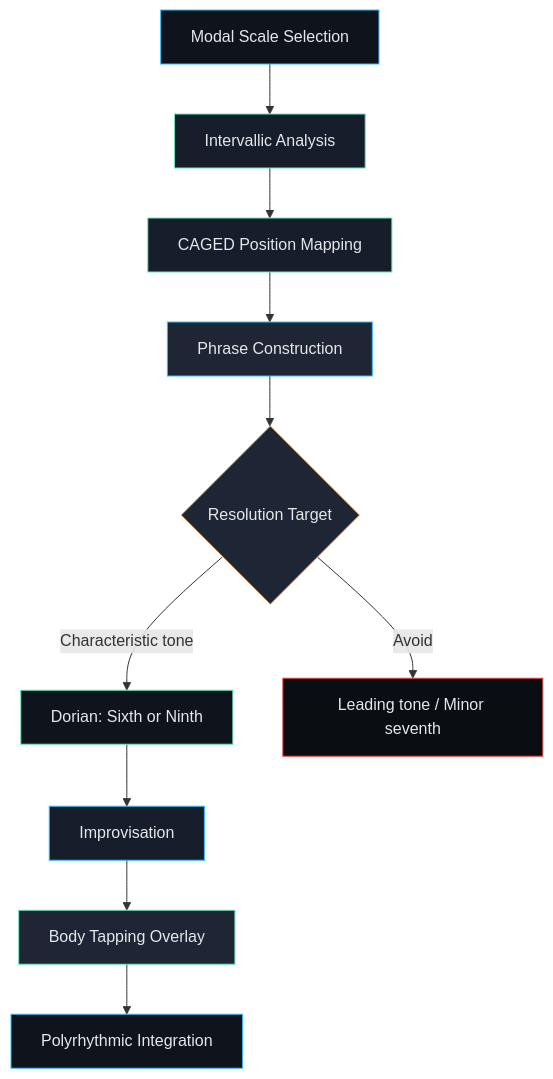
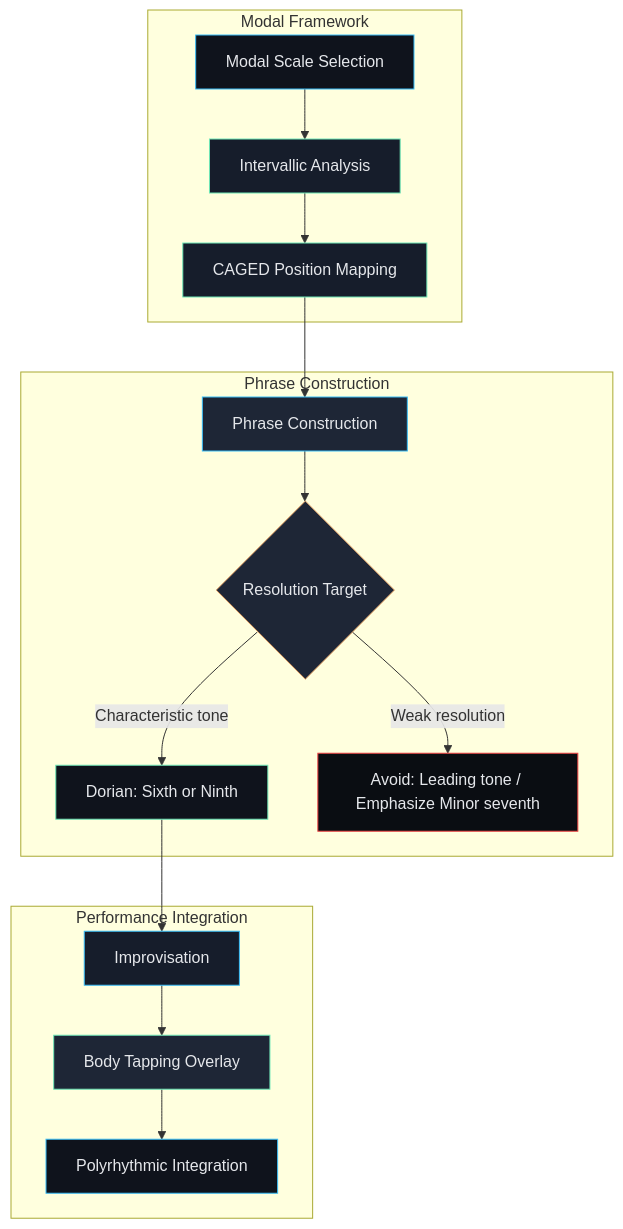
Before and after one commit to blebleblee/synapse: the second of 5 diagrams in topics/arts/music_performance/strings/labs.md, drawn with Mermaid. The commit also changed other lines of this file and 4 other files, not shown here.

````diff
--- a/topics/arts/music_performance/strings/labs.md
+++ b/topics/arts/music_performance/strings/labs.md
@@ -209,23 +382,40 @@
 ```mermaid
 graph TD
-    A["Modal Scale Selection"] --> B["Intervallic Analysis"]
-    B --> C["CAGED Position Mapping"]
-    C --> D["Phrase Construction"]
-    D --> E{"Resolution Target"}
-    E -->|"Characteristic tone"| F["Dorian: Sixth or Ninth"]
-    E -->|"Avoid"| G["Leading tone / Minor seventh"]
-    F --> H["Improvisation"]
-    H --> I["Body Tapping Overlay"]
-    I --> J["Polyrhythmic Integration"]
+    subgraph sub_modal ["Modal Framework"]
+        A["Modal Scale Selection"]
+        B["Intervallic Analysis"]
+        C["CAGED Position Mapping"]
+    end
+    subgraph sub_phrase ["Phrase Construction"]
+        D["Phrase Construction"]
+        E{"Resolution Target"}
+        F["Dorian: Sixth or Ninth"]
+        G["Avoid: Leading tone / Emphasize Minor seventh"]
+    end
+    subgraph sub_execution ["Performance Integration"]
+        H["Improvisation"]
+        I["Body Tapping Overlay"]
+        J["Polyrhythmic Integration"]
+    end
+    
+    A --> B
+    B --> C
+    C --> D
+    D --> E
+    E -->|"Characteristic tone"| F
+    E -->|"Weak resolution"| G
+    F --> H
+    H --> I
+    I --> J
     
     style A fill:#0F131C,stroke:#38BDF8,color:#E5E7EB
     style B fill:#161D2B,stroke:#6EE7B7,color:#E5E7EB
     style C fill:#161D2B,stroke:#6EE7B7,color:#E5E7EB
     style D fill:#1E2636,stroke:#38BDF8,color:#E5E7EB
     style E fill:#1E2636,stroke:#E9A568,color:#E5E7EB
     style F fill:#0F131C,stroke:#6EE7B7,color:#E5E7EB
     style G fill:#0A0D12,stroke:#EF4444,color:#E5E7EB
     style H fill:#161D2B,stroke:#38BDF8,color:#E5E7EB
     style I fill:#1E2636,stroke:#6EE7B7,color:#E5E7EB
     style J fill:#0F131C,stroke:#38BDF8,color:#E5E7EB
 ```
````
